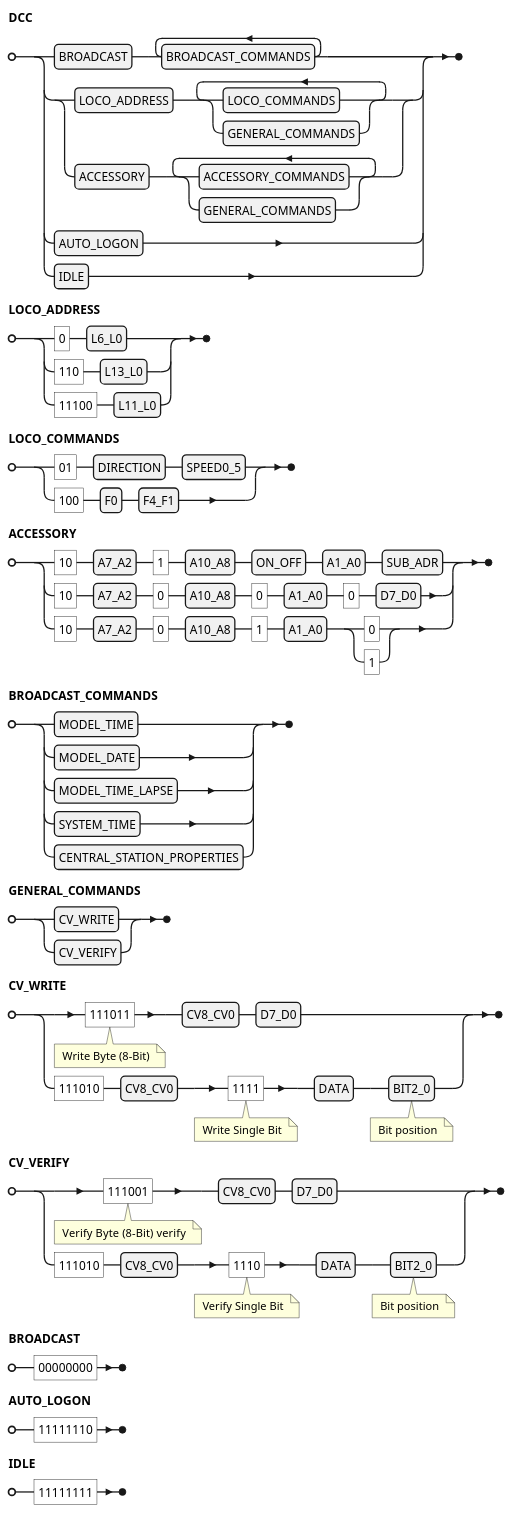
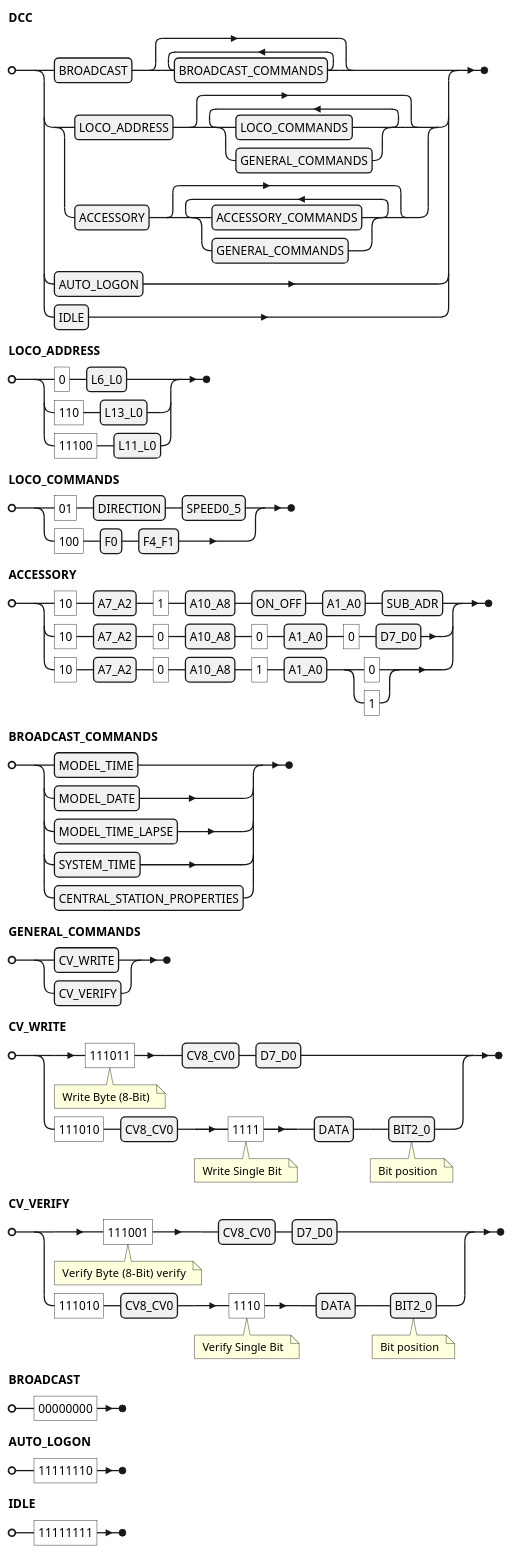
Before and after one commit to xDuinoRails/dcc-wireshark: the diagram in dcc.puml, drawn with PlantUML.

```diff
--- a/dcc.puml
+++ b/dcc.puml
@@ -1,49 +1,49 @@
 @startebnf
 
-DCC = BROADCAST,  { BROADCAST_COMMANDS }-
-    | (LOCO_ADDRESS, { LOCO_COMMANDS | GENERAL_COMMANDS }-
-    | ACCESSORY,  { ACCESSORY_COMMANDS | GENERAL_COMMANDS }- )
+DCC = BROADCAST,  { BROADCAST_COMMANDS }
+    | (LOCO_ADDRESS, { LOCO_COMMANDS | GENERAL_COMMANDS }
+    | ACCESSORY,  { ACCESSORY_COMMANDS | GENERAL_COMMANDS } )
     | AUTO_LOGON
     | IDLE
 ;
 
 LOCO_ADDRESS =      "0", L6_L0
              |    "110", L13_L0
              |  "11100", L11_L0
 ;
 
 LOCO_COMMANDS = ( "01", DIRECTION, SPEED0_5 )
               | ( "100", F0, F4_F1 )
 ;
 
 ACCESSORY = "10", A7_A2, "1", A10_A8, ON_OFF, A1_A0, SUB_ADR
           | "10", A7_A2, "0", A10_A8, "0", A1_A0, "0", D7_D0
           | "10", A7_A2, "0", A10_A8, "1", A1_A0, ("0"|"1")
 ;
 
 BROADCAST_COMMANDS =  MODEL_TIME | MODEL_DATE | MODEL_TIME_LAPSE
                    | SYSTEM_TIME
                    | CENTRAL_STATION_PROPERTIES
 ;
 
 GENERAL_COMMANDS = CV_WRITE | CV_VERIFY
 ;
 
 CV_WRITE = "111011" (* Write Byte (8-Bit) *), CV8_CV0, D7_D0
          | "111010", CV8_CV0, "1111"  (* Write Single Bit *), DATA, BIT2_0 (* Bit position *)
 ;
 
 CV_VERIFY = "111001" (* Verify Byte  (8-Bit) verify *), CV8_CV0, D7_D0
           | "111010", CV8_CV0, "1110"  (* Verify Single Bit *), DATA, BIT2_0 (* Bit position *)
 ;
 
 BROADCAST  = "00000000"
 ;
 
 AUTO_LOGON = "11111110"
 ;
 
 IDLE       = "11111111"
 ;
 
 @endebnf
```
